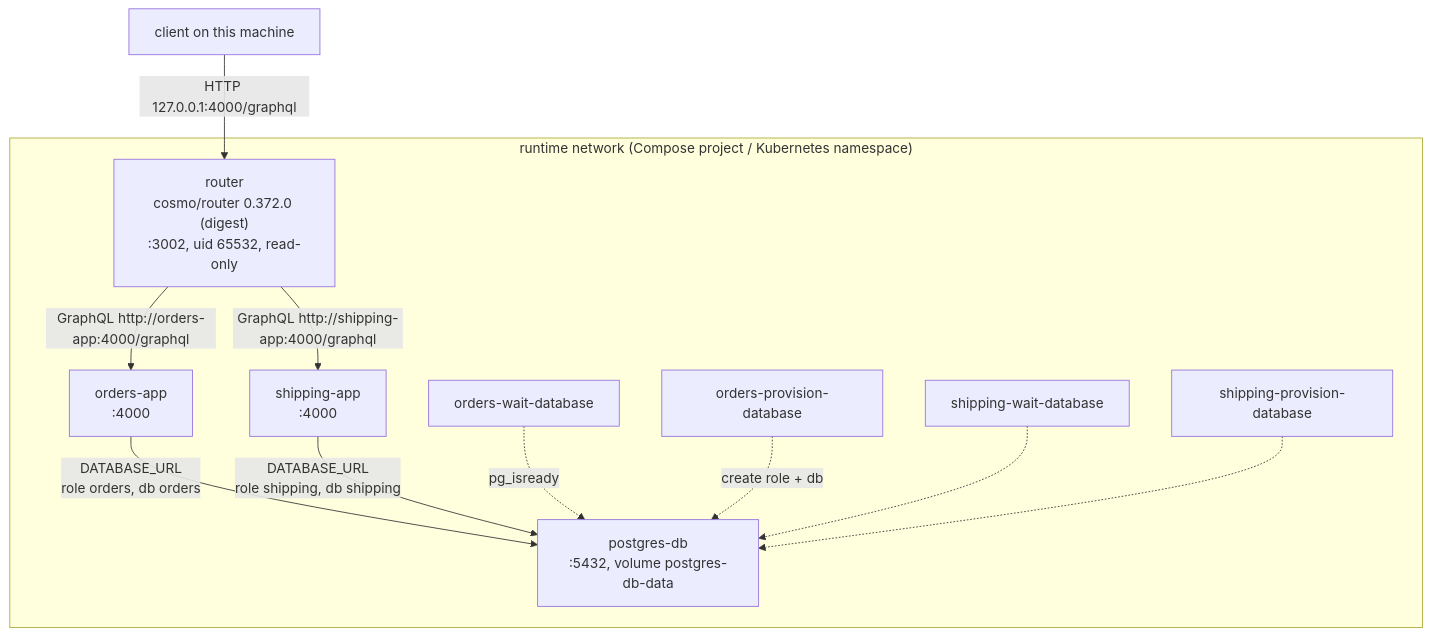
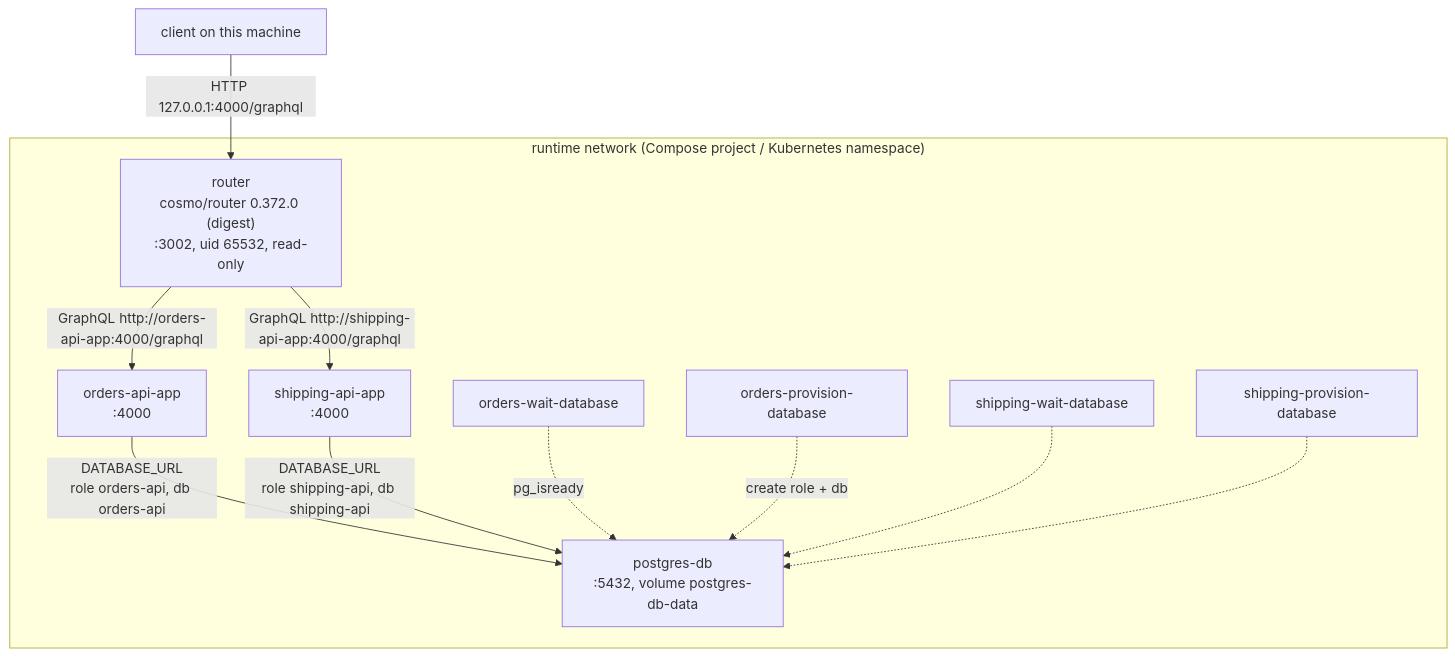
Before and after one commit to rudney5000/plugbricks: the second of 6 diagrams in docs/architecture.md, drawn with Mermaid. The commit also changed other lines of this file and 4 other files, not shown here.

Commit message:
docs: D27, the example APIs renamed, in the README, the architecture, Keycloak and the roadmap

````diff
--- a/docs/architecture.md
+++ b/docs/architecture.md
@@ -100,18 +100,18 @@
 ```mermaid
 flowchart TB
   C["client on this machine"] -->|"HTTP 127.0.0.1:4000/graphql"| R
 
   subgraph NET["runtime network (Compose project / Kubernetes namespace)"]
     R["router<br/>cosmo/router 0.372.0 (digest)<br/>:3002, uid 65532, read-only"]
-    R -->|"GraphQL http://orders-app:4000/graphql"| OA["orders-app<br/>:4000"]
-    R -->|"GraphQL http://shipping-app:4000/graphql"| SA["shipping-app<br/>:4000"]
+    R -->|"GraphQL http://orders-api-app:4000/graphql"| OA["orders-api-app<br/>:4000"]
+    R -->|"GraphQL http://shipping-api-app:4000/graphql"| SA["shipping-api-app<br/>:4000"]
 
-    OA -->|"DATABASE_URL<br/>role orders, db orders"| PG["postgres-db<br/>:5432, volume postgres-db-data"]
-    SA -->|"DATABASE_URL<br/>role shipping, db shipping"| PG
+    OA -->|"DATABASE_URL<br/>role orders-api, db orders-api"| PG["postgres-db<br/>:5432, volume postgres-db-data"]
+    SA -->|"DATABASE_URL<br/>role shipping-api, db shipping-api"| PG
 
     OW["orders-wait-database"] -.->|"pg_isready"| PG
     OP["orders-provision-database"] -.->|"create role + db"| PG
     SW["shipping-wait-database"] -.-> PG
     SP["shipping-provision-database"] -.-> PG
   end
 ```
````
